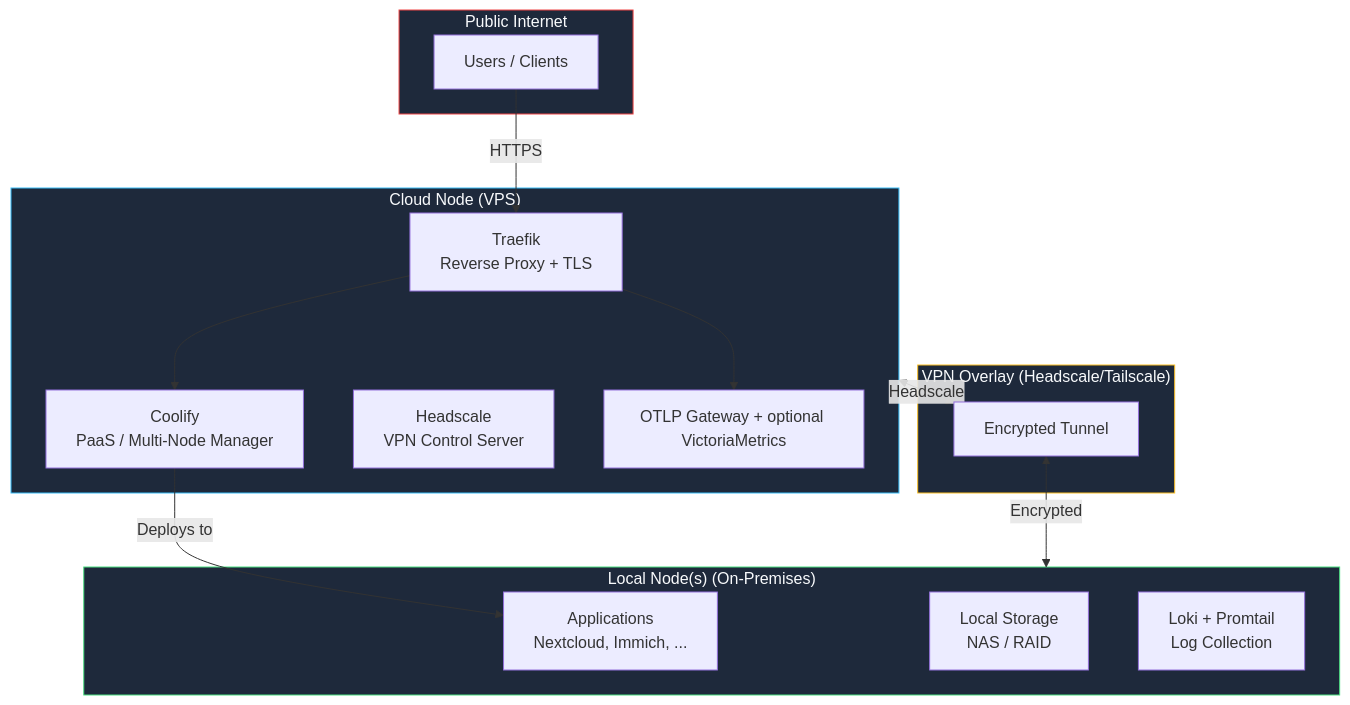
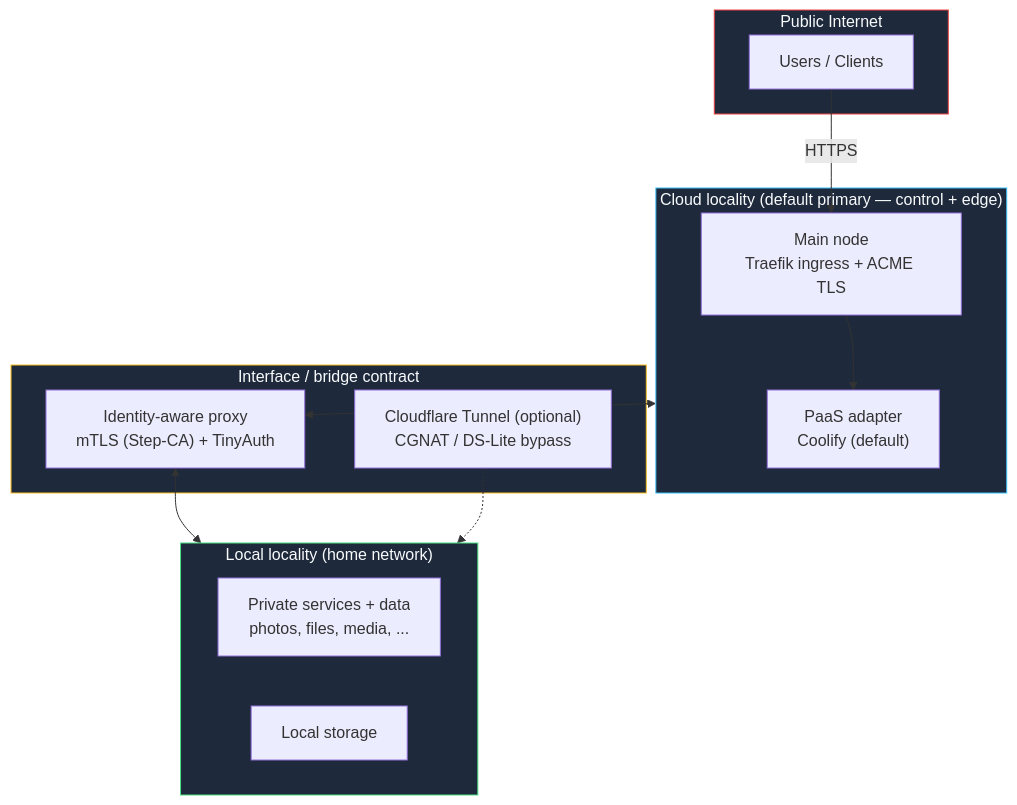
One commit to KombiverseLabs/mintlify-docs changed the diagram in stackkits/kits/modern-homelab.mdx. Above: the diagram before and after it, drawn with Mermaid. The commit also changed other lines of this file and 41 other files, not shown here.

````diff
--- a/stackkits/kits/modern-homelab.mdx
+++ b/stackkits/kits/modern-homelab.mdx
@@ -17,35 +33,32 @@
 ```mermaid
 graph TB
     subgraph Internet["Public Internet"]
         Users["Users / Clients"]
     end
 
-    subgraph Cloud["Cloud Node (VPS)"]
-        Traefik["Traefik<br/>Reverse Proxy + TLS"]
-        Coolify["Coolify<br/>PaaS / Multi-Node Manager"]
-        Headscale["Headscale<br/>VPN Control Server"]
-        MonCloud["OTLP Gateway + optional VictoriaMetrics"]
+    subgraph Cloud["Cloud locality (default primary — control + edge)"]
+        Main["Main node<br/>Traefik ingress + ACME TLS"]
+        PaaS["PaaS adapter<br/>Coolify (default)"]
     end
 
-    subgraph VPN["VPN Overlay (Headscale/Tailscale)"]
-        Tunnel["Encrypted Tunnel"]
+    subgraph Bridge["Interface / bridge contract"]
+        Proxy["Identity-aware proxy<br/>mTLS (Step-CA) + TinyAuth"]
+        Tunnel["Cloudflare Tunnel (optional)<br/>CGNAT / DS-Lite bypass"]
     end
 
-    subgraph Local["Local Node(s) (On-Premises)"]
-        Apps["Applications<br/>Nextcloud, Immich, ..."]
-        Storage["Local Storage<br/>NAS / RAID"]
-        Loki["Loki + Promtail<br/>Log Collection"]
+    subgraph Local["Local locality (home network)"]
+        Apps["Private services + data<br/>photos, files, media, ..."]
+        Storage["Local storage"]
     end
 
-    Users -->|HTTPS| Traefik
-    Traefik --> Coolify
-    Traefik --> MonCloud
-    Cloud <-->|Headscale| Tunnel
-    Tunnel <-->|Encrypted| Local
-    Coolify -->|Deploys to| Apps
+    Users -->|HTTPS| Main
+    Main --> PaaS
+    Cloud <--> Proxy
+    Proxy <--> Local
+    Tunnel -.-> Local
 
     style Internet fill:#1e293b,stroke:#ef4444,color:#f8fafc
     style Cloud fill:#1e293b,stroke:#38bdf8,color:#f8fafc
-    style VPN fill:#1e293b,stroke:#fbbf24,color:#f8fafc
+    style Bridge fill:#1e293b,stroke:#fbbf24,color:#f8fafc
     style Local fill:#1e293b,stroke:#4ade80,color:#f8fafc
 ```
````
